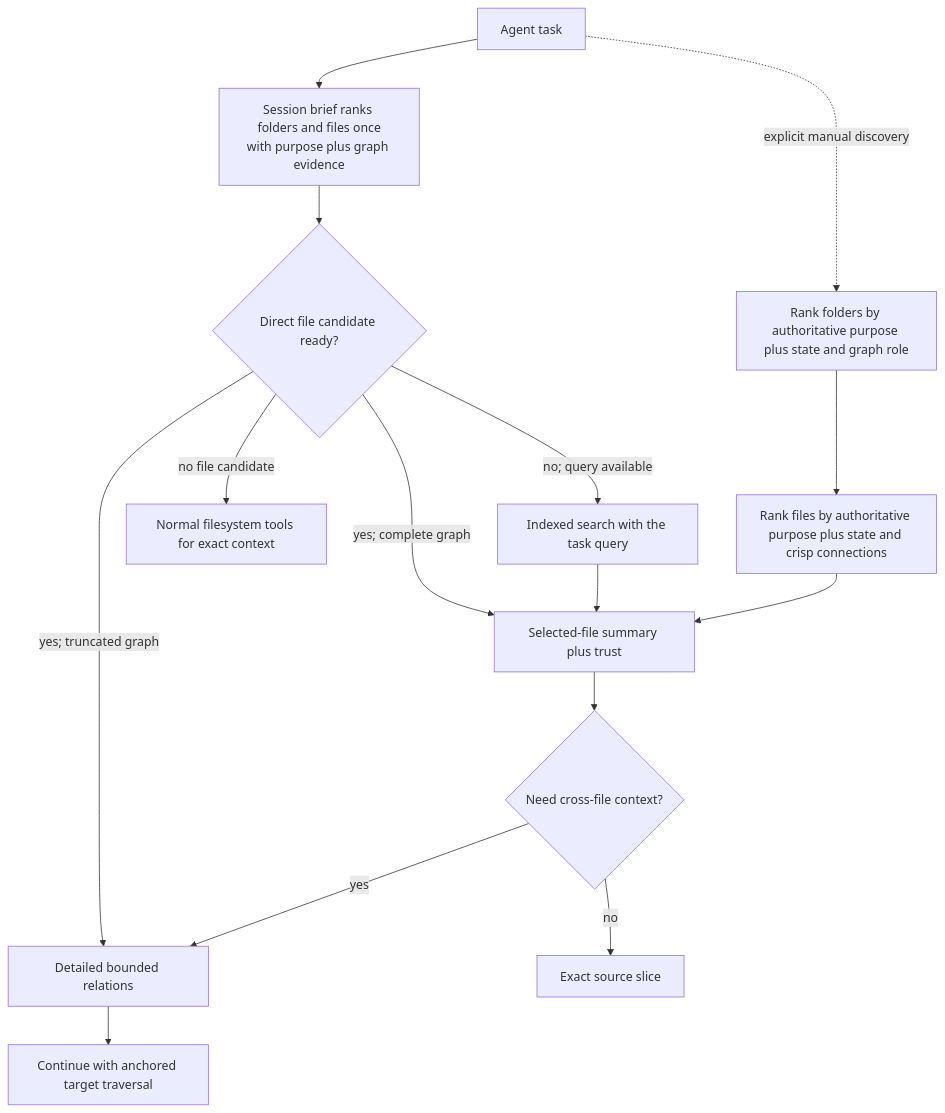
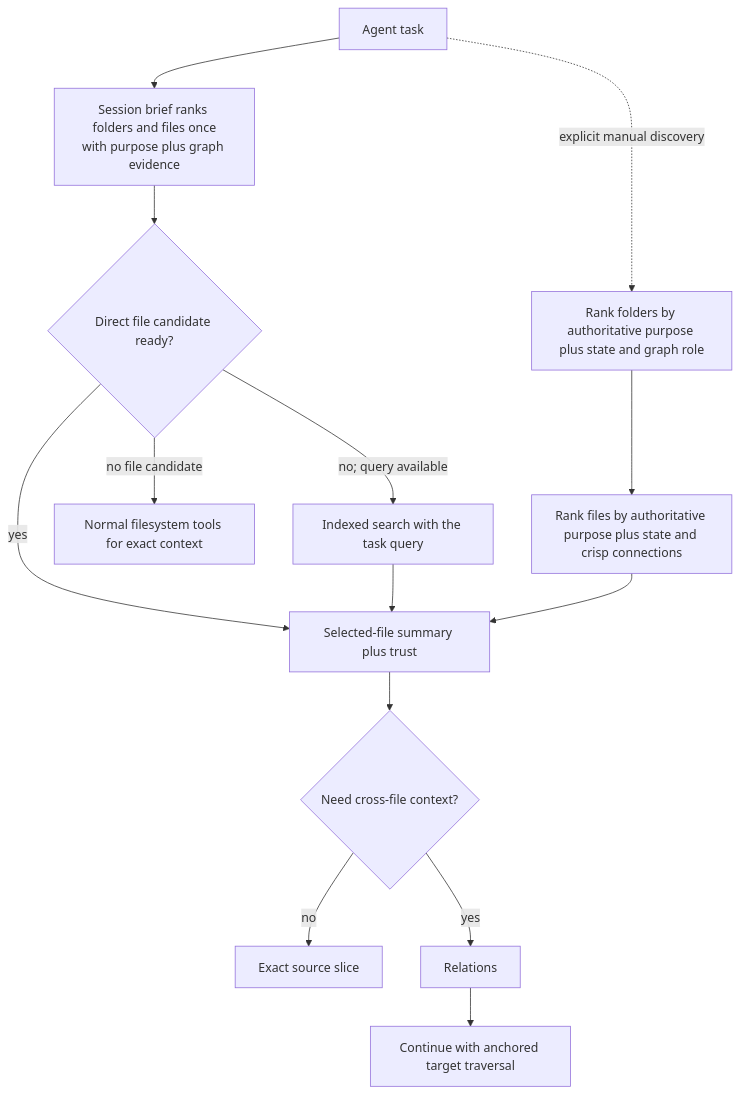
One commit to styler-ai/ProjectAtlas changed the first of 4 diagrams in docs/agent-navigation.md. Above: the diagram before and after it, drawn with Mermaid. The commit also changed other lines of this file and 3 other files, not shown here.

Commit message:
docs(architecture): reconcile v0.4 contracts (#308)

````diff
--- a/docs/agent-navigation.md
+++ b/docs/agent-navigation.md
@@ -60,17 +60,16 @@
 ```mermaid
 flowchart TD
     Task[Agent task] --> Brief[Session brief ranks folders and files once<br/>with purpose plus graph evidence]
     Brief --> Confident{Direct file candidate ready?}
-    Confident -->|yes; complete graph| Summary[Selected-file summary plus trust]
-    Confident -->|yes; truncated graph| Relations[Detailed bounded relations]
+    Confident -->|yes| Summary[Selected-file summary plus trust]
     Confident -->|no; query available| Search[Indexed search with the task query]
     Confident -->|no file candidate| Filesystem[Normal filesystem tools for exact context]
     Search --> Summary
     Task -. explicit manual discovery .-> Folders[Rank folders by authoritative purpose plus state and graph role]
     Folders --> Files[Rank files by authoritative purpose plus state and crisp connections]
     Files --> Summary
     Summary --> CrossFile{Need cross-file context?}
     CrossFile -->|no| Slice[Exact source slice]
     CrossFile -->|yes| Relations
     Relations --> Anchored[Continue with anchored target traversal]
 ```
````
